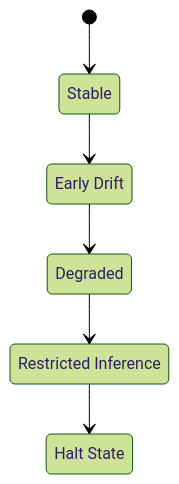
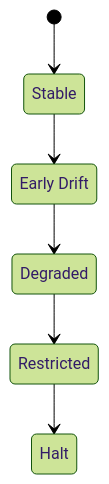
The fourth of 5 diagrams in README.md (GeneralSergal/ORP), drawn with Mermaid (forest theme) before and after one commit. The commit also changed other lines of this file, not shown here.

````diff
--- a/README.md
+++ b/README.md
@@ -107,14 +112,14 @@
 ```mermaid
 stateDiagram-v2
     [*] --> GREEN
     GREEN --> YELLOW
     YELLOW --> ORANGE
     ORANGE --> RED
     RED --> BLACK
 
     GREEN: Stable
     YELLOW: Early Drift
     ORANGE: Degraded
-    RED: Restricted Inference
-    BLACK: Halt State
+    RED: Restricted
+    BLACK: Halt
 ```
````
